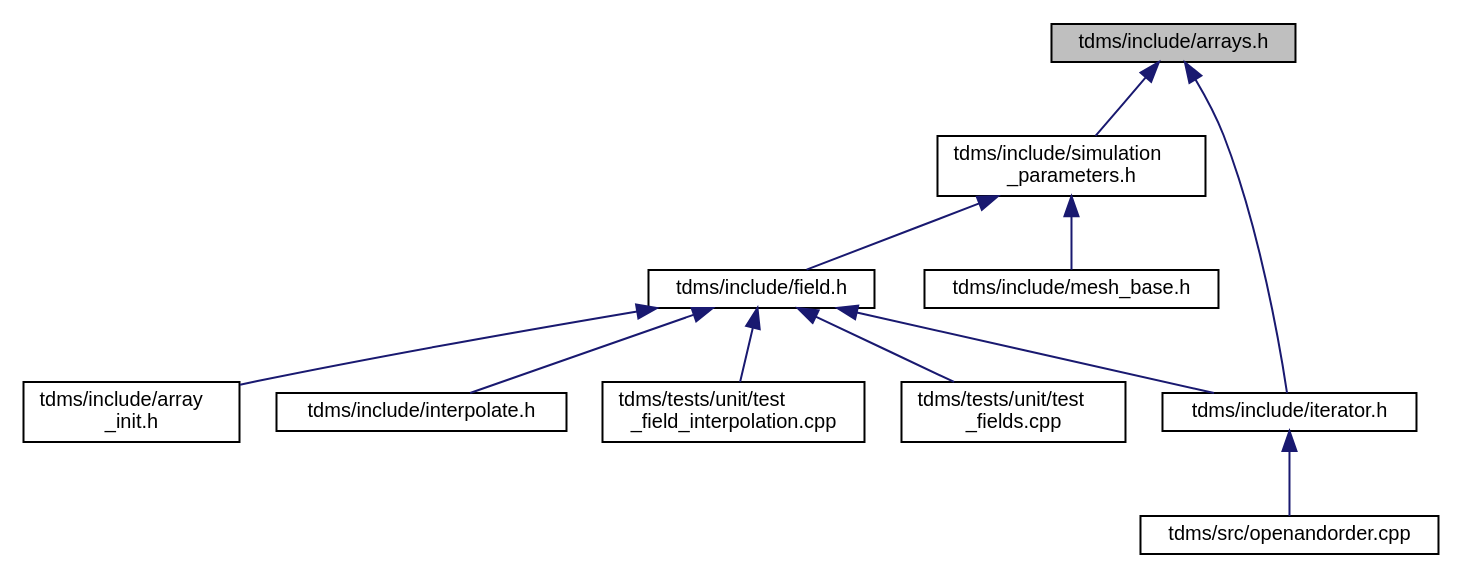
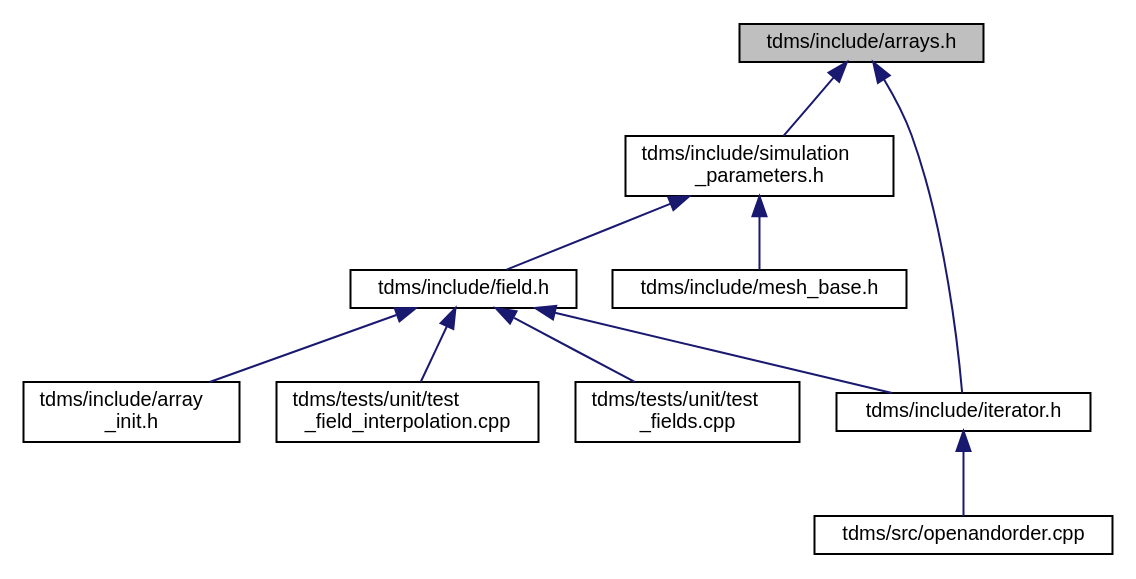
One commit to UCL/TDMS changed the diagram in arrays_8h__dep__incl.dot. Above: the diagram before and after it, drawn with Graphviz. The commit also changed 113 other files, not shown here.

```diff
--- a/arrays_8h__dep__incl.dot
+++ b/arrays_8h__dep__incl.dot
@@ -1,26 +1,24 @@
 digraph "tdms/include/arrays.h"
 {
  // LATEX_PDF_SIZE
   edge [fontname="Helvetica",fontsize="10",labelfontname="Helvetica",labelfontsize="10"];
   node [fontname="Helvetica",fontsize="10",shape=record];
   Node1 [label="tdms/include/arrays.h",height=0.2,width=0.4,color="black", fillcolor="grey75", style="filled", fontcolor="black",tooltip="Classes describing arrays, vertices etc."];
   Node1 -> Node2 [dir="back",color="midnightblue",fontsize="10",style="solid",fontname="Helvetica"];
   Node2 [label="tdms/include/simulation\l_parameters.h",height=0.2,width=0.4,color="black", fillcolor="white", style="filled",URL="$simulation__parameters_8h.html",tooltip="Classes collecting parameters for the simulation."];
   Node2 -> Node3 [dir="back",color="midnightblue",fontsize="10",style="solid",fontname="Helvetica"];
   Node3 [label="tdms/include/field.h",height=0.2,width=0.4,color="black", fillcolor="white", style="filled",URL="$field_8h.html",tooltip="Classes for the electric and magnetic (split) fields on a grid."];
   Node3 -> Node4 [dir="back",color="midnightblue",fontsize="10",style="solid",fontname="Helvetica"];
   Node4 [label="tdms/include/array\l_init.h",height=0.2,width=0.4,color="black", fillcolor="white", style="filled",URL="$array__init_8h.html",tooltip="A collection of functions for array initialisation given MATLAB pointers."];
   Node3 -> Node5 [dir="back",color="midnightblue",fontsize="10",style="solid",fontname="Helvetica"];
-  Node5 [label="tdms/include/interpolate.h",height=0.2,width=0.4,color="black", fillcolor="white", style="filled",URL="$interpolate_8h.html",tooltip="Interpolation of field values within FDTD grid."];
-  Node3 -> Node6 [dir="back",color="midnightblue",fontsize="10",style="solid",fontname="Helvetica"];
-  Node6 [label="tdms/include/iterator.h",height=0.2,width=0.4,color="black", fillcolor="white", style="filled",URL="$iterator_8h.html",tooltip="The main time propogation algorithm."];
-  Node6 -> Node7 [dir="back",color="midnightblue",fontsize="10",style="solid",fontname="Helvetica"];
-  Node7 [label="tdms/src/openandorder.cpp",height=0.2,width=0.4,color="black", fillcolor="white", style="filled",URL="$openandorder_8cpp.html",tooltip="Launch and file IO."];
+  Node5 [label="tdms/include/iterator.h",height=0.2,width=0.4,color="black", fillcolor="white", style="filled",URL="$iterator_8h.html",tooltip="The main time propogation algorithm."];
+  Node5 -> Node6 [dir="back",color="midnightblue",fontsize="10",style="solid",fontname="Helvetica"];
+  Node6 [label="tdms/src/openandorder.cpp",height=0.2,width=0.4,color="black", fillcolor="white", style="filled",URL="$openandorder_8cpp.html",tooltip="Launch and file IO."];
+  Node3 -> Node7 [dir="back",color="midnightblue",fontsize="10",style="solid",fontname="Helvetica"];
+  Node7 [label="tdms/tests/unit/test\l_field_interpolation.cpp",height=0.2,width=0.4,color="black", fillcolor="white", style="filled",URL="$test__field__interpolation_8cpp.html",tooltip="Tests interpolation of E- and H-fields and compares the errors against MATLAB benchmarks."];
   Node3 -> Node8 [dir="back",color="midnightblue",fontsize="10",style="solid",fontname="Helvetica"];
-  Node8 [label="tdms/tests/unit/test\l_field_interpolation.cpp",height=0.2,width=0.4,color="black", fillcolor="white", style="filled",URL="$test__field__interpolation_8cpp.html",tooltip="Tests interpolation of E- and H-fields and compares the errors against MATLAB benchmarks."];
-  Node3 -> Node9 [dir="back",color="midnightblue",fontsize="10",style="solid",fontname="Helvetica"];
-  Node9 [label="tdms/tests/unit/test\l_fields.cpp",height=0.2,width=0.4,color="black", fillcolor="white", style="filled",URL="$test__fields_8cpp.html",tooltip="Test of the Field class and subclasses."];
-  Node2 -> Node10 [dir="back",color="midnightblue",fontsize="10",style="solid",fontname="Helvetica"];
-  Node10 [label="tdms/include/mesh_base.h",height=0.2,width=0.4,color="black", fillcolor="white", style="filled",URL="$mesh__base_8h.html",tooltip="Generation of orientated mesh."];
-  Node1 -> Node6 [dir="back",color="midnightblue",fontsize="10",style="solid",fontname="Helvetica"];
+  Node8 [label="tdms/tests/unit/test\l_fields.cpp",height=0.2,width=0.4,color="black", fillcolor="white", style="filled",URL="$test__fields_8cpp.html",tooltip="Test of the Field class and subclasses."];
+  Node2 -> Node9 [dir="back",color="midnightblue",fontsize="10",style="solid",fontname="Helvetica"];
+  Node9 [label="tdms/include/mesh_base.h",height=0.2,width=0.4,color="black", fillcolor="white", style="filled",URL="$mesh__base_8h.html",tooltip="Generation of orientated mesh."];
+  Node1 -> Node5 [dir="back",color="midnightblue",fontsize="10",style="solid",fontname="Helvetica"];
 }
```
